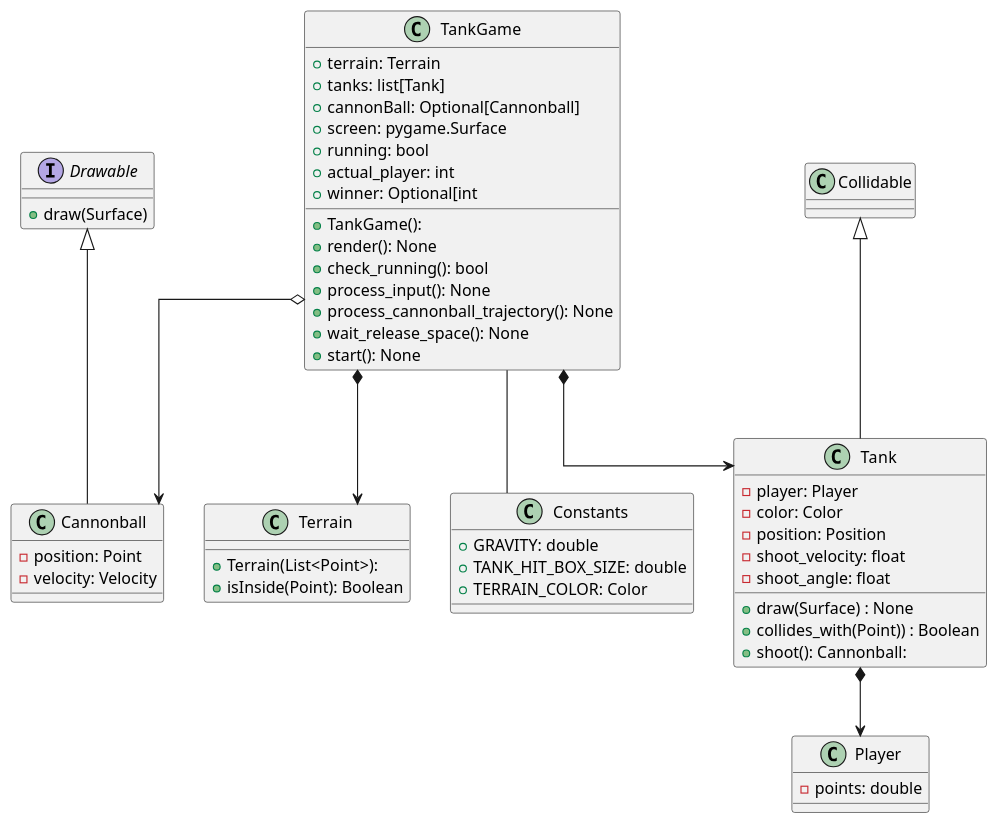
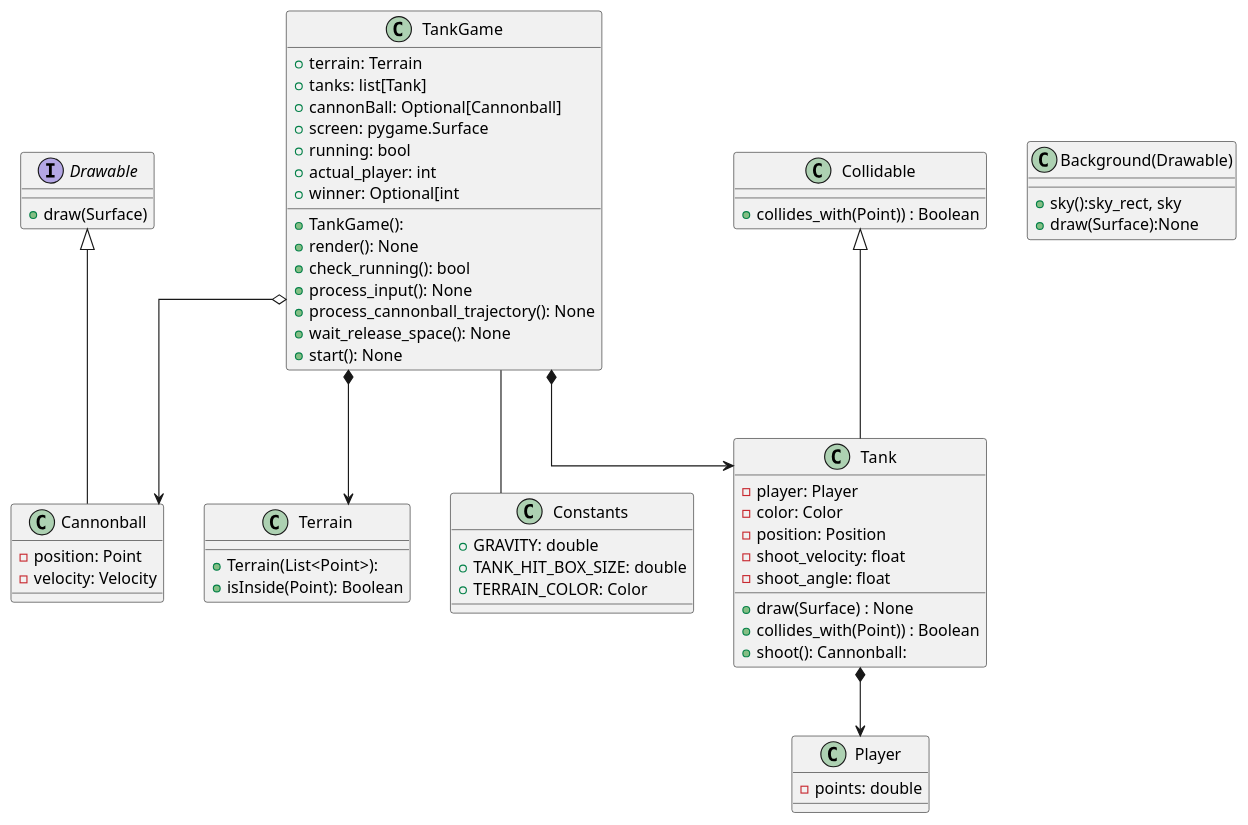
Before and after one commit to fraco-oxza/tankGame: the diagram in uml/entire.plantuml, drawn with PlantUML.

Commit message:
cambios en UML 2 :)

```diff
--- a/uml/entire.plantuml
+++ b/uml/entire.plantuml
@@ -1,69 +1,74 @@
 @startuml
 
 top to bottom direction
 skinparam linetype ortho
 
 ' Fco
 class TankGame {
     + terrain: Terrain
     + tanks: list[Tank]
     + cannonBall: Optional[Cannonball]
     + screen: pygame.Surface
     + running: bool
     + actual_player: int
     + winner: Optional[int
 
     + TankGame():
     + render(): None
     + check_running(): bool
     + process_input(): None
     + process_cannonball_trajectory(): None
     + wait_release_space(): None
     + start(): None
 }
 
 class Cannonball extends Drawable {
     - position: Point
     - velocity: Velocity
 }
 
 interface Drawable {
     + draw(Surface)
 }
 class Collidable {
+ +collides_with(Point)) : Boolean
 }
 class Terrain {
     + Terrain(List<Point>):
     + isInside(Point): Boolean
 }
+class Background(Drawable){
 
+    + sky():sky_rect, sky
+    + draw(Surface):None
+}
 class Tank extends Collidable  {
     - player: Player
     - color: Color
     - position: Position
     -shoot_velocity: float
     -shoot_angle: float
 
     +draw(Surface) : None
     +collides_with(Point)) : Boolean
     +shoot(): Cannonball:
 }
 
 class Player {
     - points: double
 }
 
 class Constants {
     + GRAVITY: double
     + TANK_HIT_BOX_SIZE: double
     + TERRAIN_COLOR: Color
 }
 
 TankGame -- Constants
 
 TankGame *--> Tank
 TankGame o--> Cannonball
 TankGame *--> Terrain
 Tank *--> Player
 
 @enduml
```
